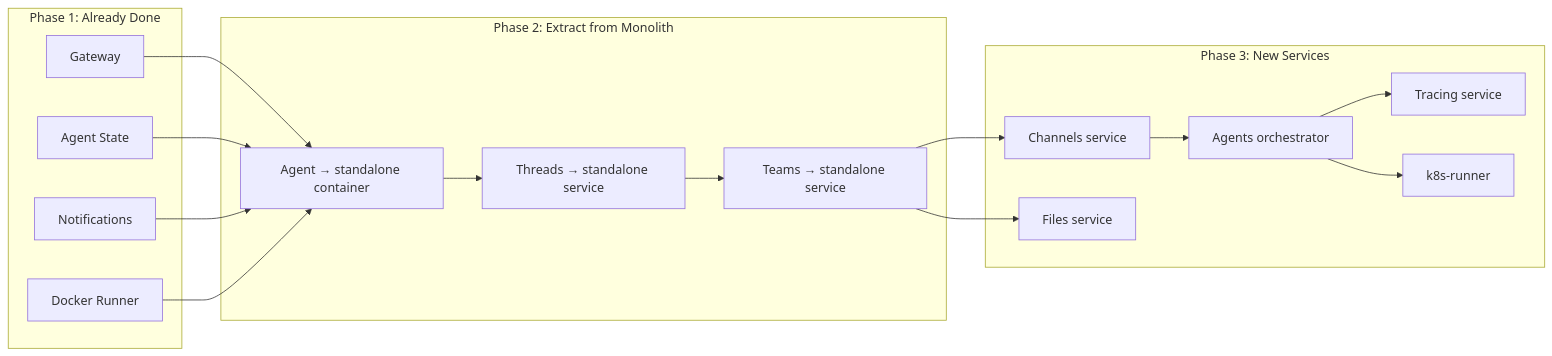
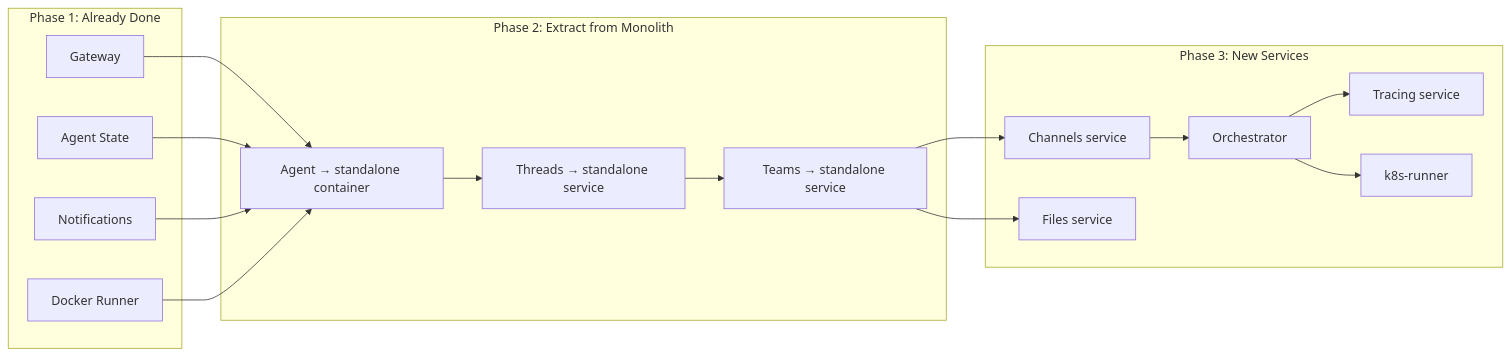
One commit to agynio/architecture changed the diagram in gaps/migration-roadmap.md. Above: the diagram before and after it, drawn with Mermaid. The commit also changed other lines of this file and 12 other files, not shown here.

````diff
--- a/gaps/migration-roadmap.md
+++ b/gaps/migration-roadmap.md
@@ -7,33 +7,33 @@
 ```mermaid
 graph LR
     subgraph "Phase 1: Already Done"
         S1[Gateway]
         S2[Agent State]
         S3[Notifications]
         S4[Docker Runner]
     end
 
     subgraph "Phase 2: Extract from Monolith"
         S5[Agent → standalone container]
         S6[Threads → standalone service]
         S7[Teams → standalone service]
     end
 
     subgraph "Phase 3: New Services"
         S8[Channels service]
-        S9[Agents orchestrator]
+        S9[Orchestrator]
         S10[Tracing service]
         S11[k8s-runner]
         S12[Files service]
     end
 
     S1 --> S5
     S2 --> S5
     S3 --> S5
     S4 --> S5
 
     S5 --> S6 --> S7
     S7 --> S8 --> S9
     S7 --> S12
     S9 --> S10 & S11
 ```
````
